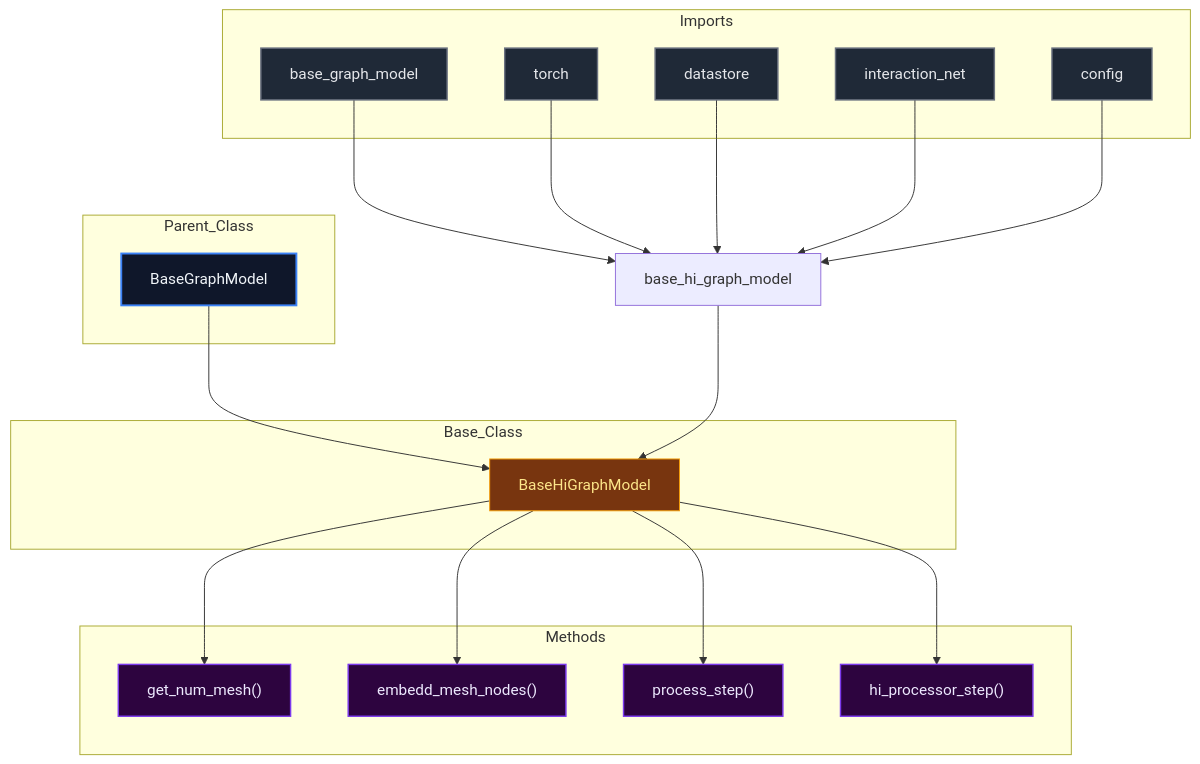
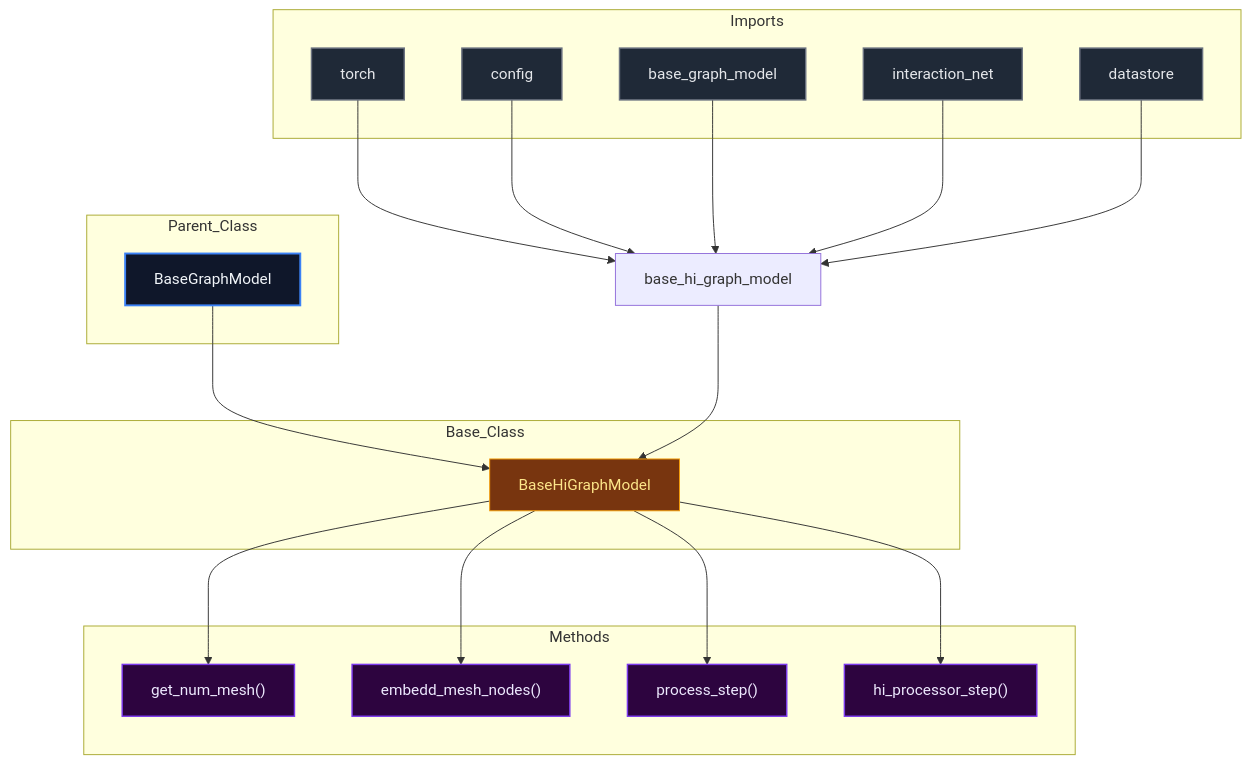
Before and after one commit to mllam/neural-lam: the diagram in docs/diagrams/base_hi_graph_model_diagram.md, drawn with Mermaid. The commit also changed 21 other files, not shown here.

Commit message:
Auto-update Mermaid diagrams

````diff
--- a/docs/diagrams/base_hi_graph_model_diagram.md
+++ b/docs/diagrams/base_hi_graph_model_diagram.md
@@ -1,54 +1,54 @@
 ```mermaid
 %%{init: {'flowchart': {'nodeSpacing': 60, 'rankSpacing': 80}}}%%
 flowchart TD
 
 module["base_hi_graph_model"]
 
 subgraph Parent_Class
     BaseGraphModel["BaseGraphModel"]
 end
 
 subgraph Base_Class
     BaseHiGraphModel["BaseHiGraphModel"]
 end
 
     BaseGraphModel --> BaseHiGraphModel
 
 subgraph Imports
+    torch["torch"]
+    config["config"]
     base_graph_model["base_graph_model"]
-    torch["torch"]
+    interaction_net["interaction_net"]
     datastore["datastore"]
-    interaction_net["interaction_net"]
-    config["config"]
 end
 
+    torch --> module
+    config --> module
     base_graph_model --> module
-    torch --> module
+    interaction_net --> module
     datastore --> module
-    interaction_net --> module
-    config --> module
     module --> BaseHiGraphModel
 
 subgraph Methods
     BaseHiGraphModel_get_num_mesh["get_num_mesh()"]
     BaseHiGraphModel_embedd_mesh_nodes["embedd_mesh_nodes()"]
     BaseHiGraphModel_process_step["process_step()"]
     BaseHiGraphModel_hi_processor_step["hi_processor_step()"]
 end
 
     BaseHiGraphModel --> BaseHiGraphModel_get_num_mesh
     BaseHiGraphModel --> BaseHiGraphModel_embedd_mesh_nodes
     BaseHiGraphModel --> BaseHiGraphModel_process_step
     BaseHiGraphModel --> BaseHiGraphModel_hi_processor_step
 
 classDef parent fill:#0f172a,stroke:#3b82f6,stroke-width:2px,color:#f1f5f9,font-size:16px
 classDef base fill:#78350f,stroke:#f59e0b,stroke-width:1px,color:#fde68a,font-size:16px
 classDef import fill:#1f2937,stroke:#6b7280,stroke-width:1.5px,color:#e5e7eb,font-size:16px
 classDef method fill:#2d043f,stroke:#7c3aed,stroke-width:1.5px,color:#ede9fe,font-size:16px
 classDef callNode fill:#064e3b,stroke:#10b981,stroke-width:1.5px,color:#d1fae5,font-size:16px
 class BaseGraphModel parent
 class BaseHiGraphModel base
-class base_graph_model,torch,datastore,interaction_net,config import
+class torch,config,base_graph_model,interaction_net,datastore import
 class BaseHiGraphModel_get_num_mesh,BaseHiGraphModel_embedd_mesh_nodes,BaseHiGraphModel_process_step,BaseHiGraphModel_hi_processor_step method
 
 ```
````
